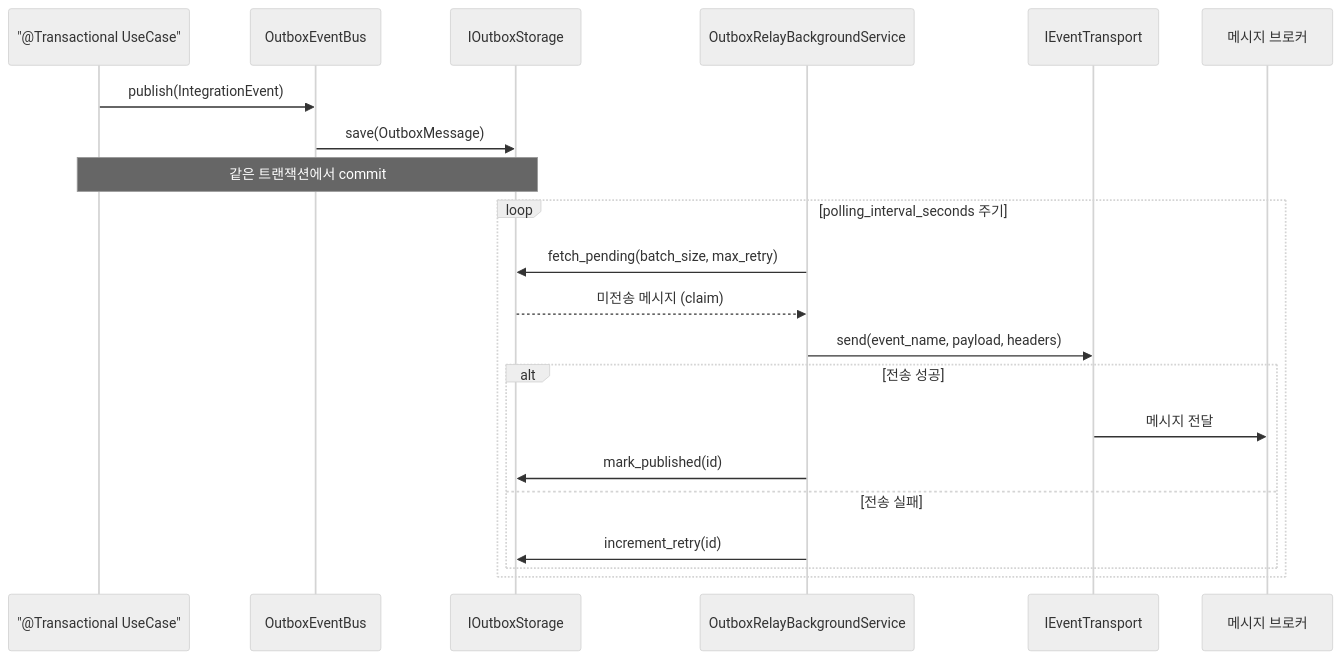
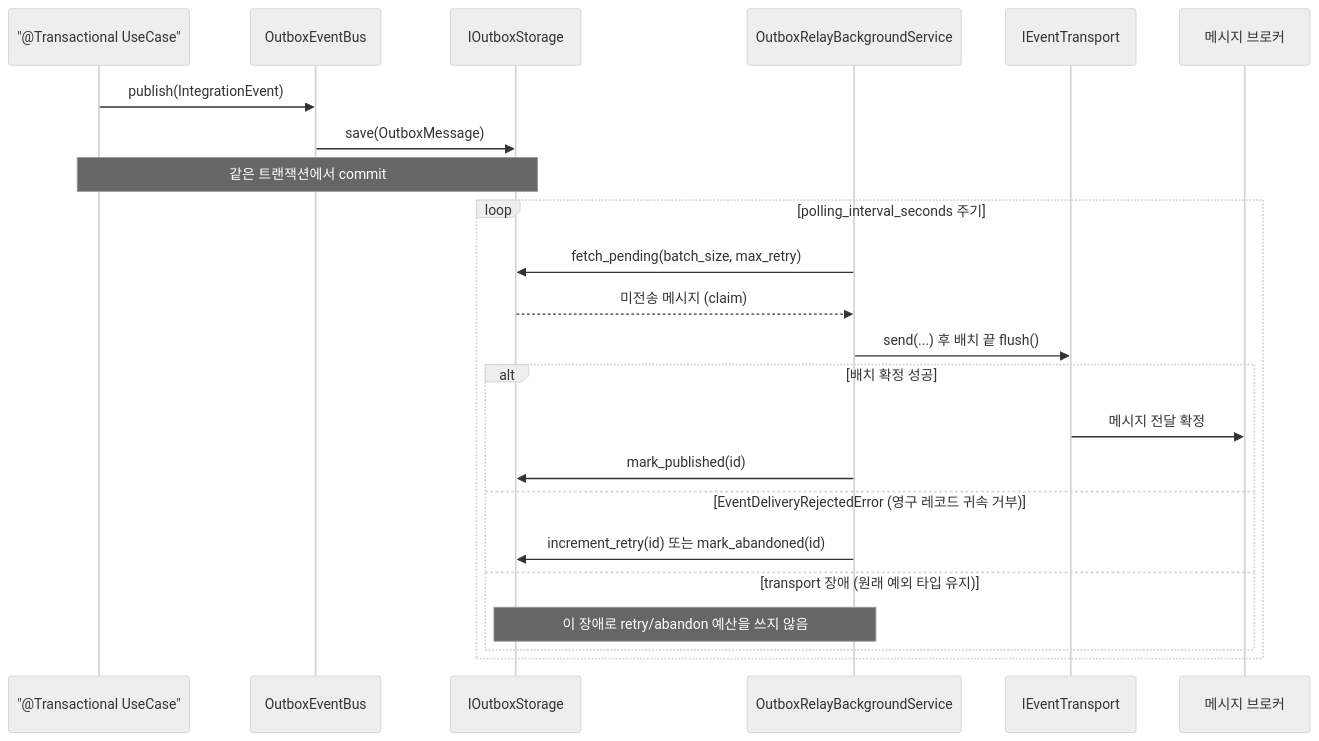
One commit to E5presso/spakky-framework changed the first of 2 diagrams in docs/guides/outbox.md. Above: the diagram before and after it, drawn with Mermaid (neutral theme). The commit also changed other lines of this file and 12 other files, not shown here.

````diff
--- a/docs/guides/outbox.md
+++ b/docs/guides/outbox.md
@@ -29,24 +29,26 @@
 ```mermaid
 sequenceDiagram
   participant UseCase as "@Transactional UseCase"
   participant Bus as OutboxEventBus
   participant Storage as IOutboxStorage
   participant Relay as OutboxRelayBackgroundService
   participant Transport as IEventTransport
   participant Broker as 메시지 브로커
 
   UseCase->>Bus: publish(IntegrationEvent)
   Bus->>Storage: save(OutboxMessage)
   Note over UseCase,Storage: 같은 트랜잭션에서 commit
   loop polling_interval_seconds 주기
     Relay->>Storage: fetch_pending(batch_size, max_retry)
     Storage-->>Relay: 미전송 메시지 (claim)
-    Relay->>Transport: send(event_name, payload, headers)
-    alt 전송 성공
-      Transport->>Broker: 메시지 전달
+    Relay->>Transport: send(...) 후 배치 끝 flush()
+    alt 배치 확정 성공
+      Transport->>Broker: 메시지 전달 확정
       Relay->>Storage: mark_published(id)
-    else 전송 실패
-      Relay->>Storage: increment_retry(id)
+    else EventDeliveryRejectedError (영구 레코드 귀속 거부)
+      Relay->>Storage: increment_retry(id) 또는 mark_abandoned(id)
+    else transport 장애 (원래 예외 타입 유지)
+      Note over Relay,Storage: 이 장애로 retry/abandon 예산을 쓰지 않음
     end
   end
 ```
````
